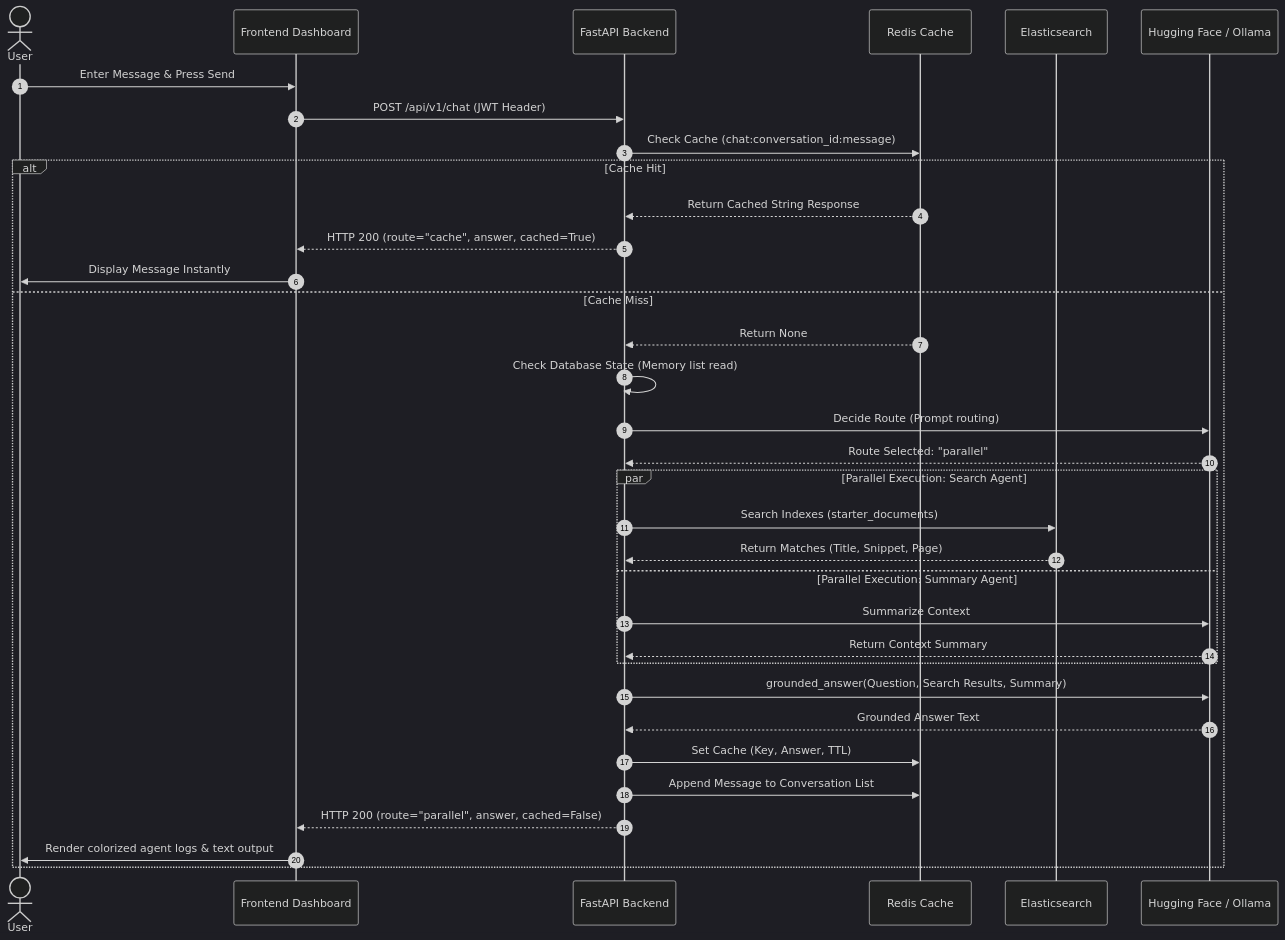
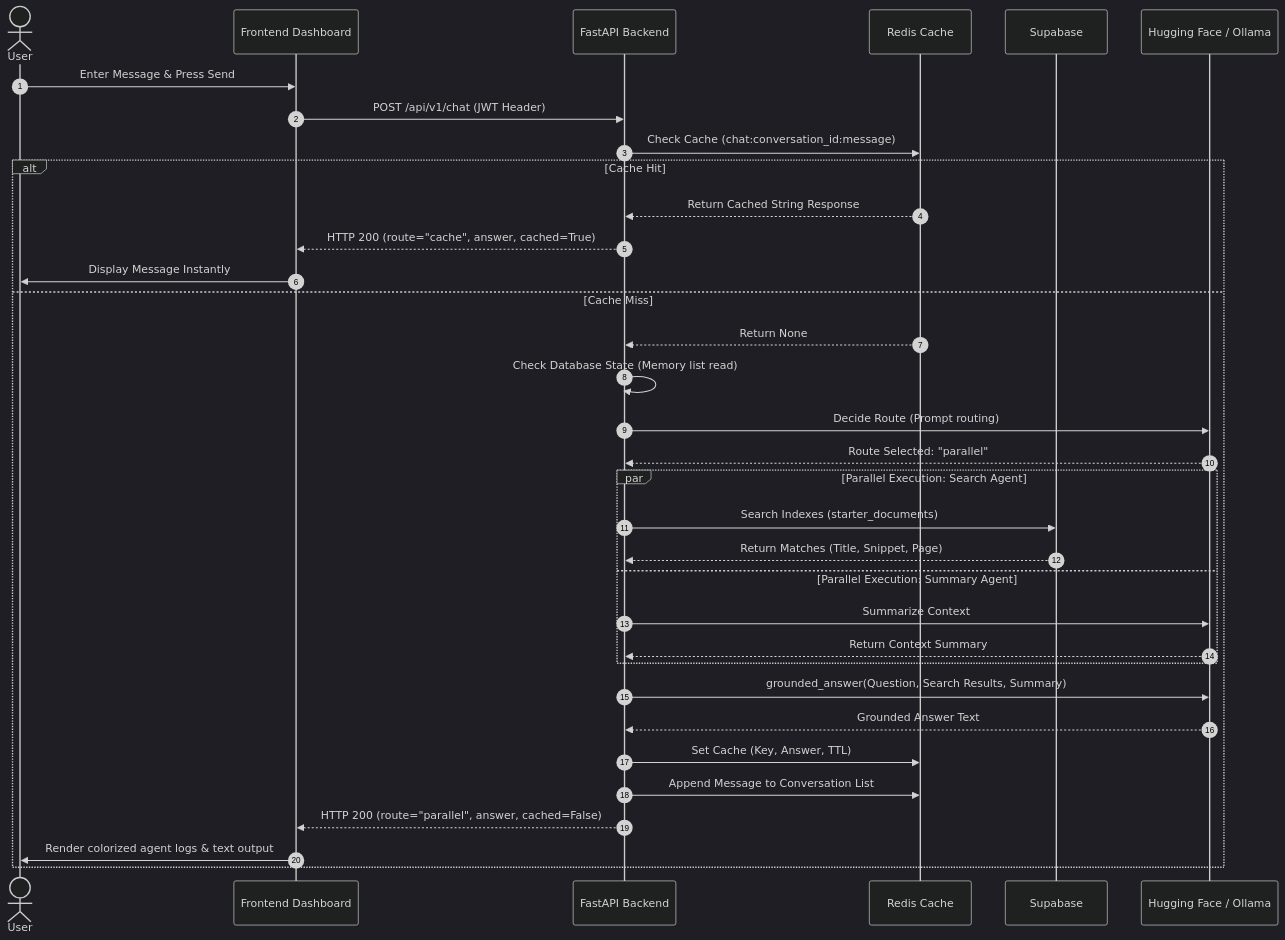
One commit to Sayan-Official-32/Agentic-Platform changed the fourth of 8 diagrams in docs/system_reference_documentation.md. Above: the diagram before and after it, drawn with Mermaid (dark theme). The commit also changed other lines of this file and 2 other files, not shown here.

````diff
--- a/docs/system_reference_documentation.md
+++ b/docs/system_reference_documentation.md
@@ -233,39 +233,39 @@
 ```mermaid
 sequenceDiagram
     autonumber
     actor User
     participant FE as Frontend Dashboard
     participant BE as FastAPI Backend
     participant Redis as Redis Cache
-    participant ES as Elasticsearch
+    participant ES as Supabase
     participant LLM as Hugging Face / Ollama
 
     User->>FE: Enter Message & Press Send
     FE->>BE: POST /api/v1/chat (JWT Header)
     BE->>Redis: Check Cache (chat:conversation_id:message)
     alt Cache Hit
         Redis-->>BE: Return Cached String Response
         BE-->>FE: HTTP 200 (route="cache", answer, cached=True)
         FE->>User: Display Message Instantly
     else Cache Miss
         Redis-->>BE: Return None
         BE->>BE: Check Database State (Memory list read)
         BE->>LLM: Decide Route (Prompt routing)
         LLM-->>BE: Route Selected: "parallel"
         
         par Parallel Execution: Search Agent
             BE->>ES: Search Indexes (starter_documents)
             ES-->>BE: Return Matches (Title, Snippet, Page)
         and Parallel Execution: Summary Agent
             BE->>LLM: Summarize Context
             LLM-->>BE: Return Context Summary
         end
 
         BE->>LLM: grounded_answer(Question, Search Results, Summary)
         LLM-->>BE: Grounded Answer Text
         BE->>Redis: Set Cache (Key, Answer, TTL)
         BE->>Redis: Append Message to Conversation List
         BE-->>FE: HTTP 200 (route="parallel", answer, cached=False)
         FE->>User: Render colorized agent logs & text output
     end
 ```
````
